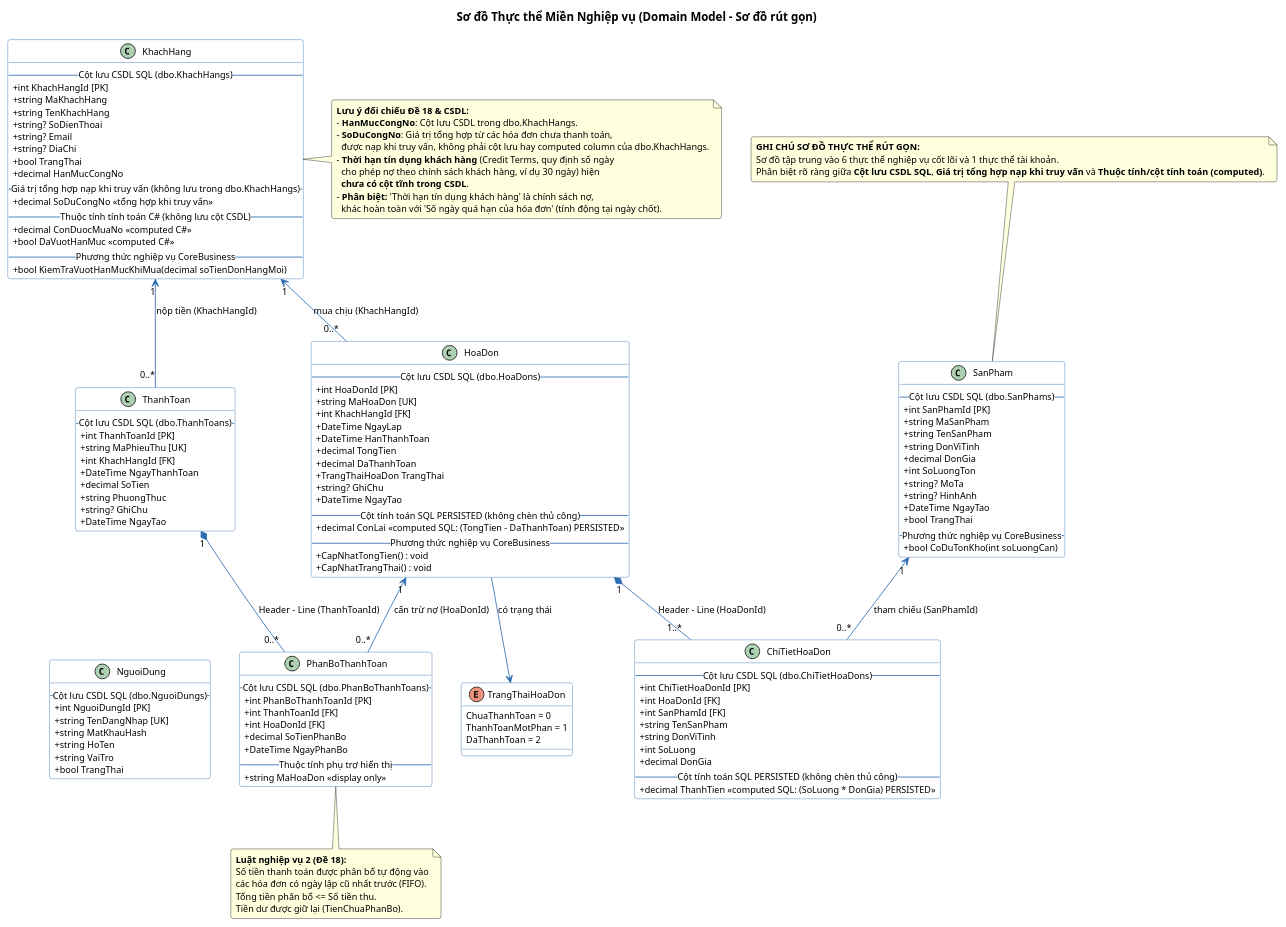
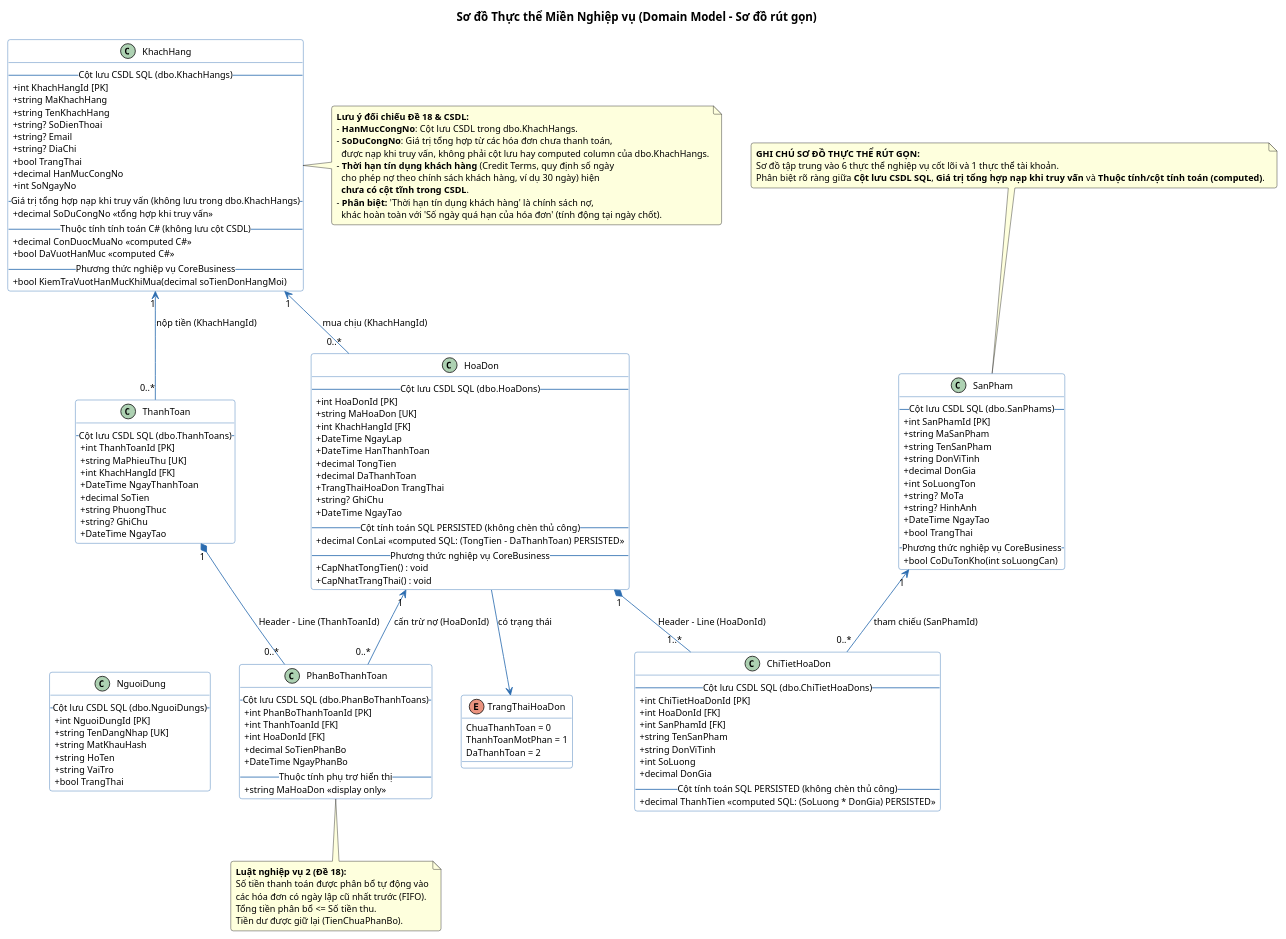
The diagram in docs/uml/DomainModel.puml (23k4080035-LeAnhDiemNhu/DuAn_BanHangVaCongNoKhachHang_CuoiKy), drawn with PlantUML before and after one commit. The commit also changed 24 other files, not shown here.

```diff
--- a/docs/uml/DomainModel.puml
+++ b/docs/uml/DomainModel.puml
@@ -1,165 +1,166 @@
 @startuml DomainModel
 title Sơ đồ Thực thể Miền Nghiệp vụ (Domain Model - Sơ đồ rút gọn)
 
 skinparam classAttributeIconSize 0
 skinparam packageStyle rectangle
 skinparam shadowing false
 skinparam defaultFontName Arial
 skinparam defaultFontSize 11
 skinparam roundCorner 6
 
 skinparam class {
     BackgroundColor #FFFFFF
     BorderColor #2B6CB0
     ArrowColor #2B6CB0
 }
 
 note as N_Domain
   <b>GHI CHÚ SƠ ĐỒ THỰC THỂ RÚT GỌN:</b>
   Sơ đồ tập trung vào 6 thực thể nghiệp vụ cốt lõi và 1 thực thể tài khoản.
   Phân biệt rõ ràng giữa <b>Cột lưu CSDL SQL</b>, <b>Giá trị tổng hợp nạp khi truy vấn</b> và <b>Thuộc tính/cột tính toán (computed)</b>.
 end note
 
 enum TrangThaiHoaDon {
     ChuaThanhToan = 0
     ThanhToanMotPhan = 1
     DaThanhToan = 2
 }
 
 class KhachHang {
     -- Cột lưu CSDL SQL (dbo.KhachHangs) --
     + int KhachHangId [PK]
     + string MaKhachHang
     + string TenKhachHang
     + string? SoDienThoai
     + string? Email
     + string? DiaChi
     + bool TrangThai
     + decimal HanMucCongNo
+    + int SoNgayNo
     -- Giá trị tổng hợp nạp khi truy vấn (không lưu trong dbo.KhachHangs) --
     + decimal SoDuCongNo <<tổng hợp khi truy vấn>>
     -- Thuộc tính tính toán C# (không lưu cột CSDL) --
     + decimal ConDuocMuaNo <<computed C#>>
     + bool DaVuotHanMuc <<computed C#>>
     -- Phương thức nghiệp vụ CoreBusiness --
     + bool KiemTraVuotHanMucKhiMua(decimal soTienDonHangMoi)
 }
 
 note right of KhachHang
   <b>Lưu ý đối chiếu Đề 18 & CSDL:</b>
   - <b>HanMucCongNo</b>: Cột lưu CSDL trong dbo.KhachHangs.
   - <b>SoDuCongNo</b>: Giá trị tổng hợp từ các hóa đơn chưa thanh toán,
     được nạp khi truy vấn, không phải cột lưu hay computed column của dbo.KhachHangs.
   - <b>Thời hạn tín dụng khách hàng</b> (Credit Terms, quy định số ngày
     cho phép nợ theo chính sách khách hàng, ví dụ 30 ngày) hiện
     <b>chưa có cột tĩnh trong CSDL</b>.
   - <b>Phân biệt:</b> 'Thời hạn tín dụng khách hàng' là chính sách nợ,
     khác hoàn toàn với 'Số ngày quá hạn của hóa đơn' (tính động tại ngày chốt).
 end note
 
 class SanPham {
     -- Cột lưu CSDL SQL (dbo.SanPhams) --
     + int SanPhamId [PK]
     + string MaSanPham
     + string TenSanPham
     + string DonViTinh
     + decimal DonGia
     + int SoLuongTon
     + string? MoTa
     + string? HinhAnh
     + DateTime NgayTao
     + bool TrangThai
     -- Phương thức nghiệp vụ CoreBusiness --
     + bool CoDuTonKho(int soLuongCan)
 }
 
 class HoaDon {
     -- Cột lưu CSDL SQL (dbo.HoaDons) --
     + int HoaDonId [PK]
     + string MaHoaDon [UK]
     + int KhachHangId [FK]
     + DateTime NgayLap
     + DateTime HanThanhToan
     + decimal TongTien
     + decimal DaThanhToan
     + TrangThaiHoaDon TrangThai
     + string? GhiChu
     + DateTime NgayTao
     -- Cột tính toán SQL PERSISTED (không chèn thủ công) --
     + decimal ConLai <<computed SQL: (TongTien - DaThanhToan) PERSISTED>>
     -- Phương thức nghiệp vụ CoreBusiness --
     + CapNhatTongTien() : void
     + CapNhatTrangThai() : void
 }
 
 class ChiTietHoaDon {
     -- Cột lưu CSDL SQL (dbo.ChiTietHoaDons) --
     + int ChiTietHoaDonId [PK]
     + int HoaDonId [FK]
     + int SanPhamId [FK]
     + string TenSanPham
     + string DonViTinh
     + int SoLuong
     + decimal DonGia
     -- Cột tính toán SQL PERSISTED (không chèn thủ công) --
     + decimal ThanhTien <<computed SQL: (SoLuong * DonGia) PERSISTED>>
 }
 
 class ThanhToan {
     -- Cột lưu CSDL SQL (dbo.ThanhToans) --
     + int ThanhToanId [PK]
     + string MaPhieuThu [UK]
     + int KhachHangId [FK]
     + DateTime NgayThanhToan
     + decimal SoTien
     + string PhuongThuc
     + string? GhiChu
     + DateTime NgayTao
 }
 
 class PhanBoThanhToan {
     -- Cột lưu CSDL SQL (dbo.PhanBoThanhToans) --
     + int PhanBoThanhToanId [PK]
     + int ThanhToanId [FK]
     + int HoaDonId [FK]
     + decimal SoTienPhanBo
     + DateTime NgayPhanBo
     -- Thuộc tính phụ trợ hiển thị --
     + string MaHoaDon <<display only>>
 }
 
 class NguoiDung {
     -- Cột lưu CSDL SQL (dbo.NguoiDungs) --
     + int NguoiDungId [PK]
     + string TenDangNhap [UK]
     + string MatKhauHash
     + string HoTen
     + string VaiTro
     + bool TrangThai
 }
 
 ' Quan hệ giữa các Entity
 KhachHang "1" <-- "0..*" HoaDon : mua chịu (KhachHangId)
 KhachHang "1" <-- "0..*" ThanhToan : nộp tiền (KhachHangId)
 
 HoaDon "1" *-- "1..*" ChiTietHoaDon : Header - Line (HoaDonId)
 SanPham "1" <-- "0..*" ChiTietHoaDon : tham chiếu (SanPhamId)
 
 ThanhToan "1" *-- "0..*" PhanBoThanhToan : Header - Line (ThanhToanId)
 HoaDon "1" <-- "0..*" PhanBoThanhToan : cấn trừ nợ (HoaDonId)
 
 HoaDon --> TrangThaiHoaDon : có trạng thái
 
 ' Bố trí NguoiDung và ghi chú sát cụm chính (giảm khoảng trắng)
 N_Domain -[hidden]down- SanPham
 ThanhToan -[hidden]down- NguoiDung
 
 note bottom of PhanBoThanhToan
   <b>Luật nghiệp vụ 2 (Đề 18):</b>
   Số tiền thanh toán được phân bổ tự động vào
   các hóa đơn có ngày lập cũ nhất trước (FIFO).
   Tổng tiền phân bổ <= Số tiền thu.
   Tiền dư được giữ lại (TienChuaPhanBo).
 end note
 
 @enduml
```
